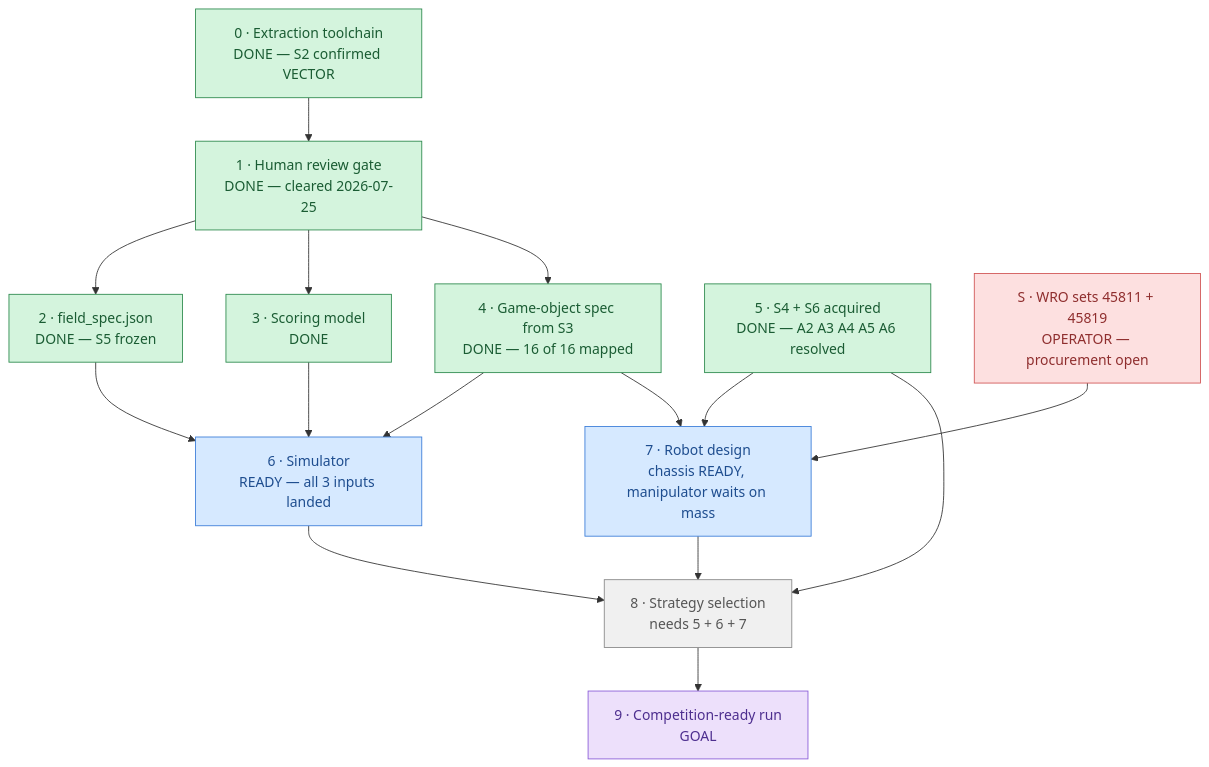
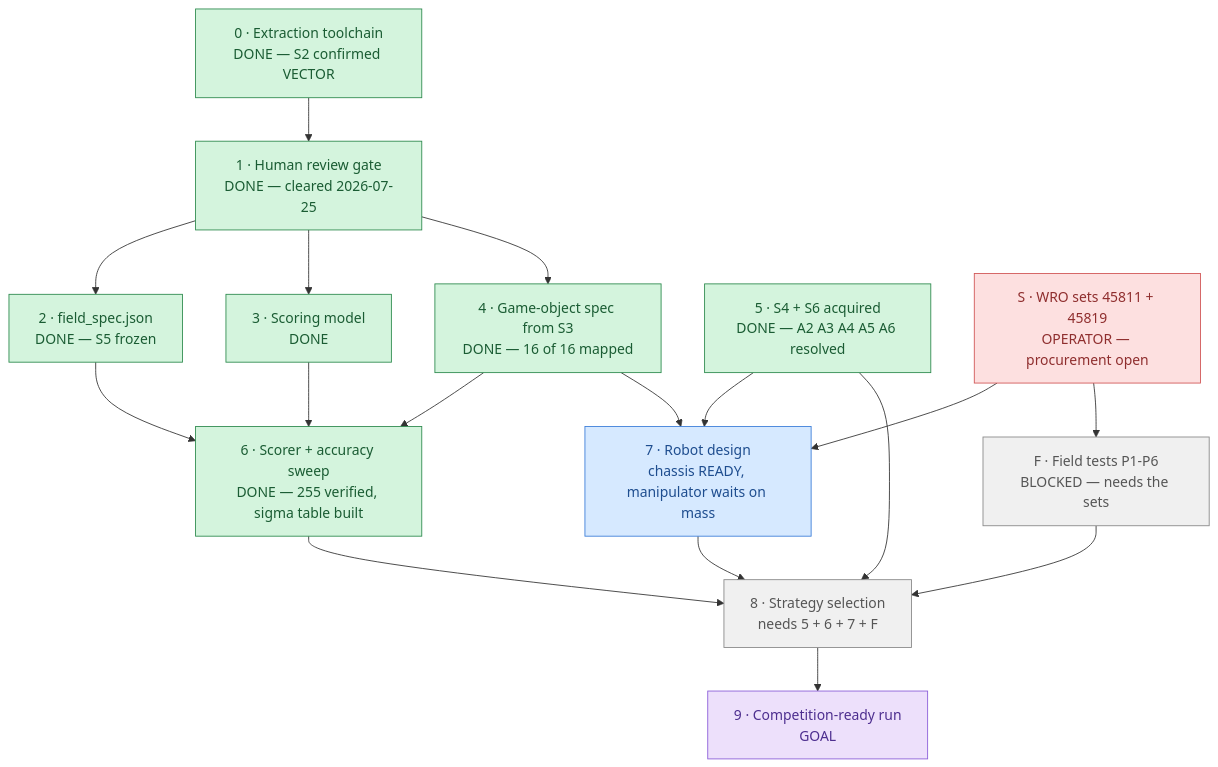
The diagram in docs/plans/ROADMAP.md (lumduan/wro-2026), drawn with Mermaid before and after one commit. The commit also changed other lines of this file and 18 other files, not shown here.

````diff
--- a/docs/plans/ROADMAP.md
+++ b/docs/plans/ROADMAP.md
@@ -7,30 +7,32 @@
 ```mermaid
 flowchart TD
     P0["0 · Extraction toolchain<br/>DONE — S2 confirmed VECTOR"] --> P1["1 · Human review gate<br/>DONE — cleared 2026-07-25"]
     P1 --> P2["2 · field_spec.json<br/>DONE — S5 frozen"]
     P1 --> P3["3 · Scoring model<br/>DONE"]
     P1 --> P4["4 · Game-object spec from S3<br/>DONE — 16 of 16 mapped"]
-    P2 --> P6["6 · Simulator<br/>READY — all 3 inputs landed"]
+    P2 --> P6["6 · Scorer + accuracy sweep<br/>DONE — 255 verified, sigma table built"]
     P3 --> P6
     P4 --> P6
     P5["5 · S4 + S6 acquired<br/>DONE — A2 A3 A4 A5 A6 resolved"] --> P7["7 · Robot design<br/>chassis READY, manipulator waits on mass"]
     P4 --> P7
     SETS["S · WRO sets 45811 + 45819<br/>OPERATOR — procurement open"] --> P7
-    P6 --> P8["8 · Strategy selection<br/>needs 5 + 6 + 7"]
+    SETS --> FT["F · Field tests P1-P6<br/>BLOCKED — needs the sets"]
+    P6 --> P8["8 · Strategy selection<br/>needs 5 + 6 + 7 + F"]
     P7 --> P8
     P5 --> P8
+    FT --> P8
     P8 --> P9["9 · Competition-ready run<br/>GOAL"]
 
     classDef done     fill:#d4f4dd,stroke:#2d8a4e,color:#1a5c33
     classDef active   fill:#fff3cd,stroke:#cc9a06,color:#7a5c04
     classDef ready    fill:#d6e9ff,stroke:#3b7dd8,color:#1e4d8f
     classDef blocked  fill:#f0f0f0,stroke:#888,color:#555
     classDef decision fill:#fde0e0,stroke:#d05555,color:#8f2e2e
     classDef goal     fill:#ede0fb,stroke:#8a5cd8,color:#4d2e8f
 
-    class P0,P1,P2,P3,P4,P5 done
-    class P6,P7 ready
+    class P0,P1,P2,P3,P4,P5,P6 done
+    class P7 ready
     class SETS decision
-    class P8 blocked
+    class FT,P8 blocked
     class P9 goal
 ```
````
